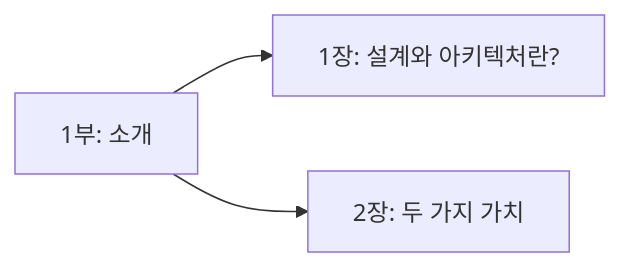
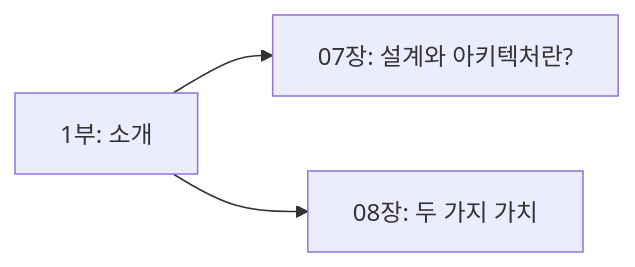
One commit to 42jerrykim/42jerrykim.github.io changed the fifth of 5 diagrams in content/collection/cleanarchitecture/06-introduction-software-design-architecture/index.md. Above: the diagram before and after it, drawn with Mermaid. The commit also changed other lines of this file, not shown here.

First line of the commit message:
fix: 06장 통과 후 잔여 결함 정리 (다이어그램-본문 매핑, 챕터 번호 표기)

````diff
--- a/content/collection/cleanarchitecture/06-introduction-software-design-architecture/index.md
+++ b/content/collection/cleanarchitecture/06-introduction-software-design-architecture/index.md
@@ -240,5 +240,5 @@
 ```mermaid
 flowchart LR
-    P1[1부: 소개] --> C1[1장: 설계와 아키텍처란?]
-    P1 --> C2[2장: 두 가지 가치]
+    P1[1부: 소개] --> C1[07장: 설계와 아키텍처란?]
+    P1 --> C2[08장: 두 가지 가치]
 ```
````
